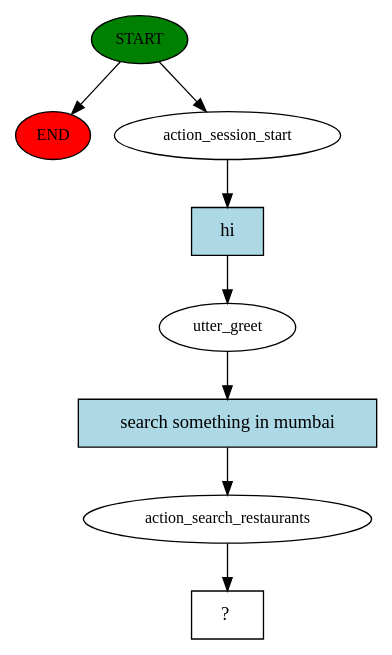
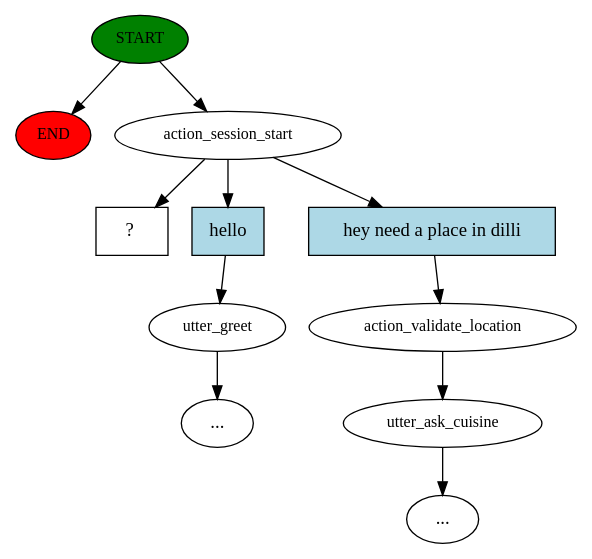
The diagram in story_graph.dot (gauravchopra/BotUsingRasa), drawn with Graphviz before and after one commit. The commit also changed 10 other files, not shown here.

```diff
--- a/story_graph.dot
+++ b/story_graph.dot
@@ -1,17 +1,23 @@
 digraph  {
 0 [class="start active", fillcolor=green, fontsize=12, label=START, style=filled];
 "-1" [class=end, fillcolor=red, fontsize=12, label=END, style=filled];
 1 [class=active, fontsize=12, label=action_session_start];
-2 [class=active, fontsize=12, label=utter_greet];
-3 [class=active, fontsize=12, label=action_search_restaurants];
-4 [class="intent dashed active", label="  ?  ", shape=rect];
-5 [class="intent active", fillcolor=lightblue, label=hi, shape=rect, style=filled];
-6 [class="intent active", fillcolor=lightblue, label="search something in mumbai", shape=rect, style=filled];
+2 [class="", fontsize=12, label=utter_greet];
+"-3" [class=ellipsis, label="..."];
+4 [class="", fontsize=12, label=action_validate_location];
+5 [class="", fontsize=12, label=utter_ask_cuisine];
+"-4" [class=ellipsis, label="..."];
+7 [class="intent dashed active", label="  ?  ", shape=rect];
+8 [class=intent, fillcolor=lightblue, label=hello, shape=rect, style=filled];
+9 [class=intent, fillcolor=lightblue, label="hey need a place in dilli", shape=rect, style=filled];
 0 -> "-1"  [class="", key=NONE, label=""];
 0 -> 1  [class=active, key=NONE, label=""];
-1 -> 5  [class=active, key=0];
-2 -> 6  [class=active, key=0];
-3 -> 4  [class=active, key=NONE, label=""];
-5 -> 2  [class=active, key=0];
-6 -> 3  [class=active, key=0];
+1 -> 7  [class=active, key=NONE, label=""];
+1 -> 8  [class="", key=0];
+1 -> 9  [class="", key=0];
+2 -> "-3"  [class="", key=NONE, label=""];
+4 -> 5  [class="", key=NONE, label=""];
+5 -> "-4"  [class="", key=NONE, label=""];
+8 -> 2  [class="", key=0];
+9 -> 4  [class="", key=0];
 }
```
